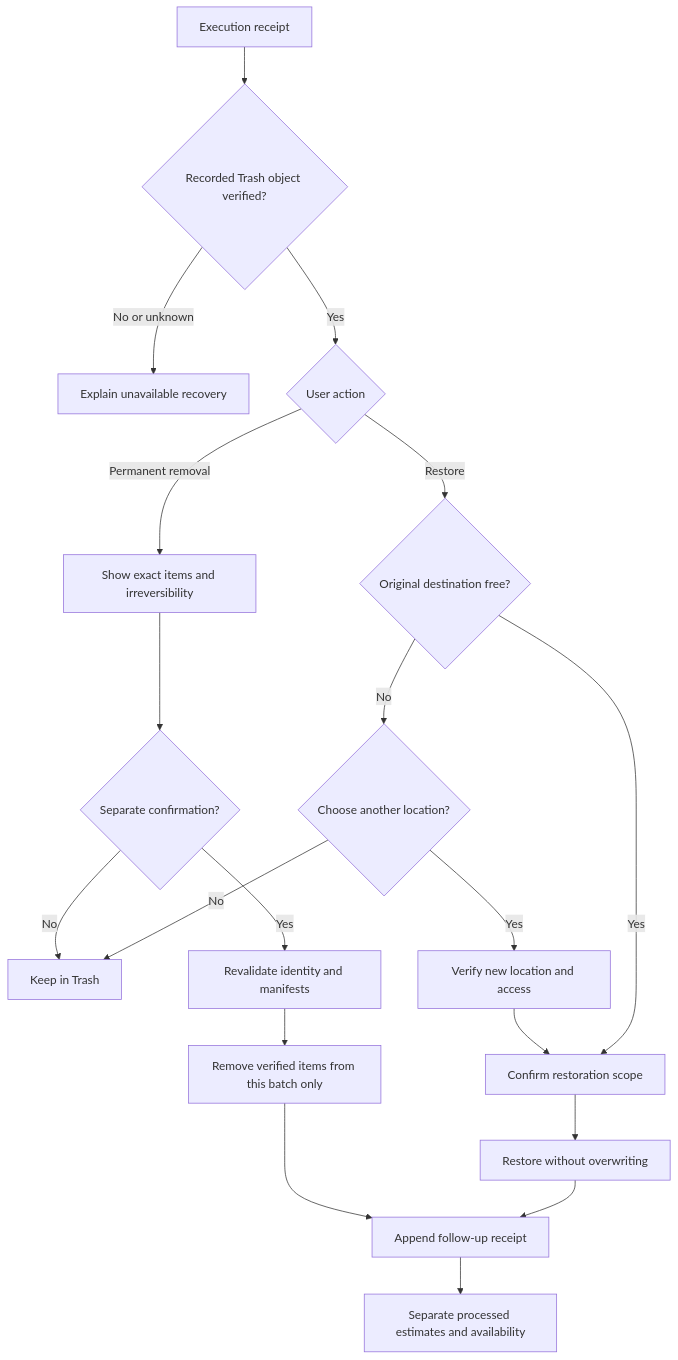
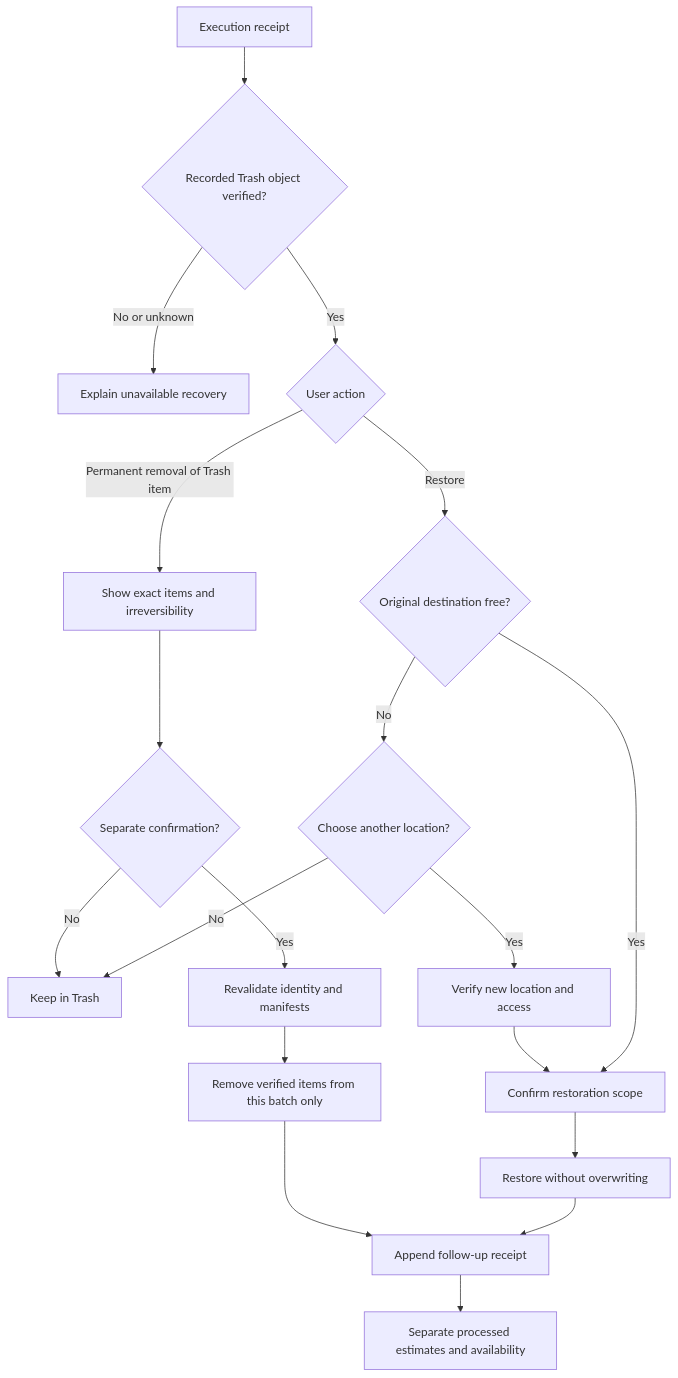
Before and after one commit to limecloud/shou: the seventh of 8 diagrams in docs/architecture/workflows-and-sequences.md, drawn with Mermaid. The commit also changed other lines of this file and 99 other files, not shown here.

````diff
--- a/docs/architecture/workflows-and-sequences.md
+++ b/docs/architecture/workflows-and-sequences.md
@@ -152,21 +193,21 @@
 ```mermaid
 flowchart TD
     Receipt[Execution receipt] --> Exists{Recorded Trash object verified?}
     Exists -->|No or unknown| Missing[Explain unavailable recovery]
     Exists -->|Yes| Action{User action}
     Action -->|Restore| Dest{Original destination free?}
     Dest -->|No| Choice{Choose another location?}
     Choice -->|No| Keep[Keep in Trash]
     Choice -->|Yes| Other[Verify new location and access]
     Dest -->|Yes| RestoreConfirm[Confirm restoration scope]
     Other --> RestoreConfirm
     RestoreConfirm --> Restore[Restore without overwriting]
-    Action -->|Permanent removal| Explain[Show exact items and irreversibility]
+    Action -->|Permanent removal of Trash item| Explain[Show exact items and irreversibility]
     Explain --> Confirm{Separate confirmation?}
     Confirm -->|No| Keep
     Confirm -->|Yes| Verify[Revalidate identity and manifests]
     Verify --> Purge[Remove verified items from this batch only]
     Restore --> FollowUp[Append follow-up receipt]
     Purge --> FollowUp
     FollowUp --> Capacity[Separate processed estimates and availability]
 ```
````
